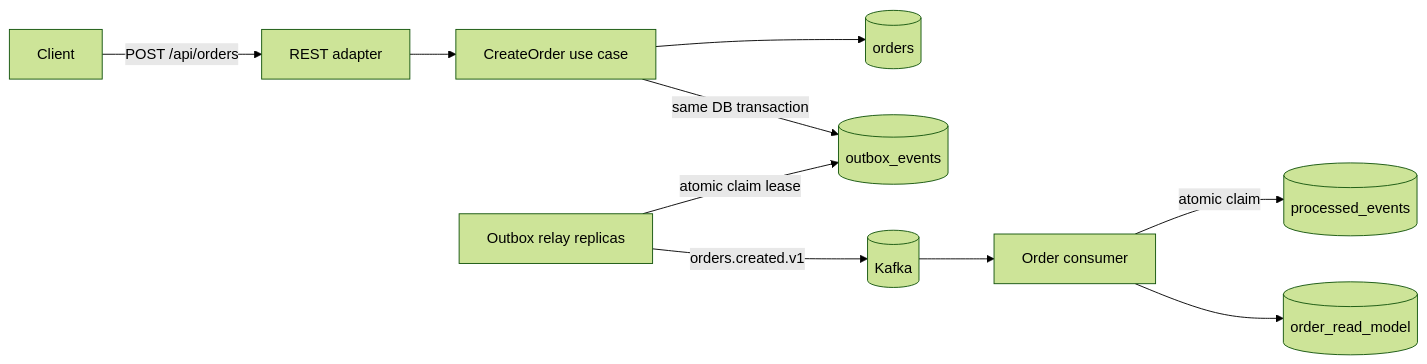
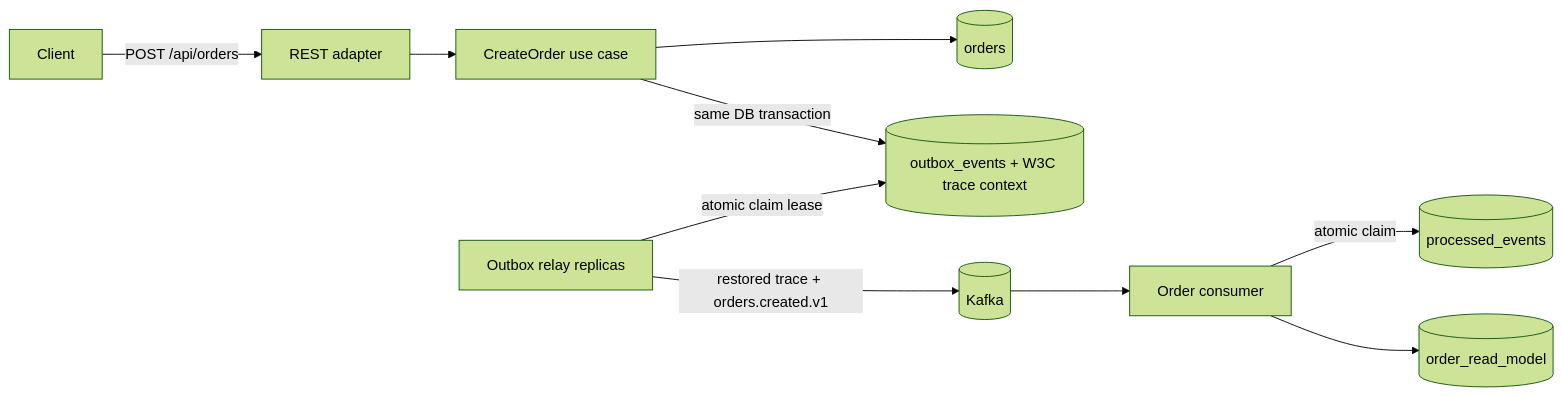
The diagram in README.md (zakaria-source/eventflow), drawn with Mermaid (forest theme) before and after one commit. The commit also changed other lines of this file and 10 other files, not shown here.

First line of the commit message:
feat: propagate trace context through outbox and Kafka

````diff
--- a/README.md
+++ b/README.md
@@ -24,12 +23,12 @@
 ```mermaid
 flowchart LR
     C[Client] -->|POST /api/orders| API[REST adapter]
     API --> APP[CreateOrder use case]
     APP --> ORDERS[(orders)]
-    APP -->|same DB transaction| OUTBOX[(outbox_events)]
+    APP -->|same DB transaction| OUTBOX[(outbox_events + W3C trace context)]
     RELAY[Outbox relay replicas] -->|atomic claim lease| OUTBOX
-    RELAY -->|orders.created.v1| KAFKA[(Kafka)]
+    RELAY -->|restored trace + orders.created.v1| KAFKA[(Kafka)]
     KAFKA --> CONSUMER[Order consumer]
     CONSUMER -->|atomic claim| PROCESSED[(processed_events)]
     CONSUMER --> READ[(order_read_model)]
 ```
````
